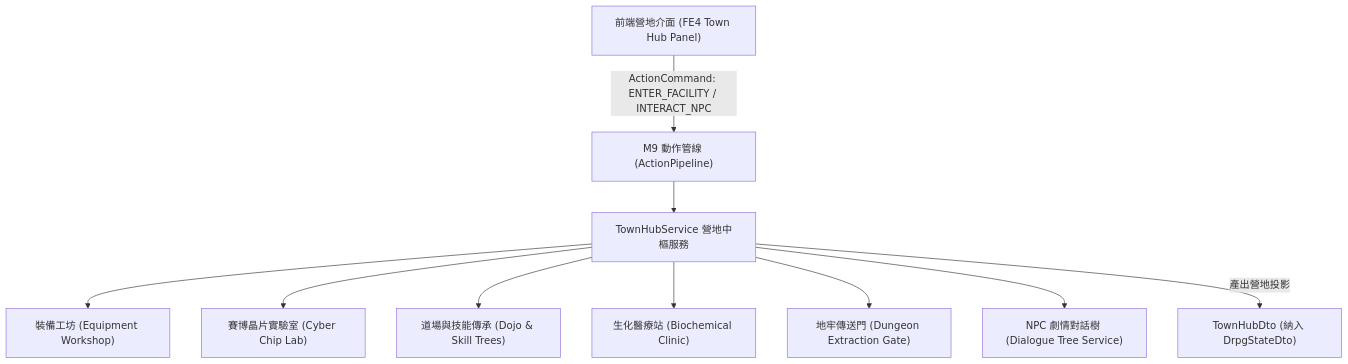
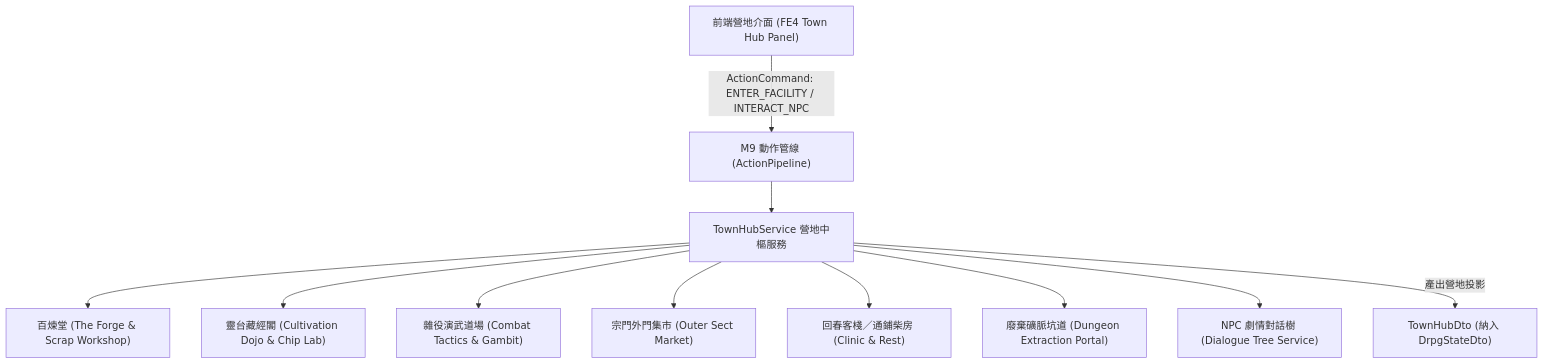
One commit to FTC-johnchien/practice_mud changed the diagram in docs/2_specifications/backend/M1_TOWN_HUB_AND_FACILITIES.md. Above: the diagram before and after it, drawn with Mermaid. The commit also changed other lines of this file and 74 other files, not shown here.

````diff
--- a/docs/2_specifications/backend/M1_TOWN_HUB_AND_FACILITIES.md
+++ b/docs/2_specifications/backend/M1_TOWN_HUB_AND_FACILITIES.md
@@ -13,15 +13,16 @@
 ```mermaid
 graph TD
     Client["前端營地介面 (FE4 Town Hub Panel)"] -->|ActionCommand: ENTER_FACILITY / INTERACT_NPC| Pipeline["M9 動作管線 (ActionPipeline)"]
     Pipeline --> HubService["TownHubService 營地中樞服務"]
     
-    HubService --> FacForge["裝備工坊 (Equipment Workshop)"]
-    HubService --> FacLab["賽博晶片實驗室 (Cyber Chip Lab)"]
-    HubService --> FacDojo["道場與技能傳承 (Dojo & Skill Trees)"]
-    HubService --> FacClinic["生化醫療站 (Biochemical Clinic)"]
-    HubService --> FacPortal["地牢傳送門 (Dungeon Extraction Gate)"]
+    HubService --> FacForge["百煉堂 (The Forge & Scrap Workshop)"]
+    HubService --> FacLab["靈台藏經閣 (Cultivation Dojo & Chip Lab)"]
+    HubService --> FacDojo["雜役演武道場 (Combat Tactics & Gambit)"]
+    HubService --> FacMarket["宗門外門集市 (Outer Sect Market)"]
+    HubService --> FacClinic["回春客棧／通鋪柴房 (Clinic & Rest)"]
+    HubService --> FacPortal["廢棄礦脈坑道 (Dungeon Extraction Portal)"]
     
     HubService --> NpcDialogue["NPC 劇情對話樹 (Dialogue Tree Service)"]
     
     HubService -->|產出營地投影| StateDto["TownHubDto (納入 DrpgStateDto)"]
 ```
````
